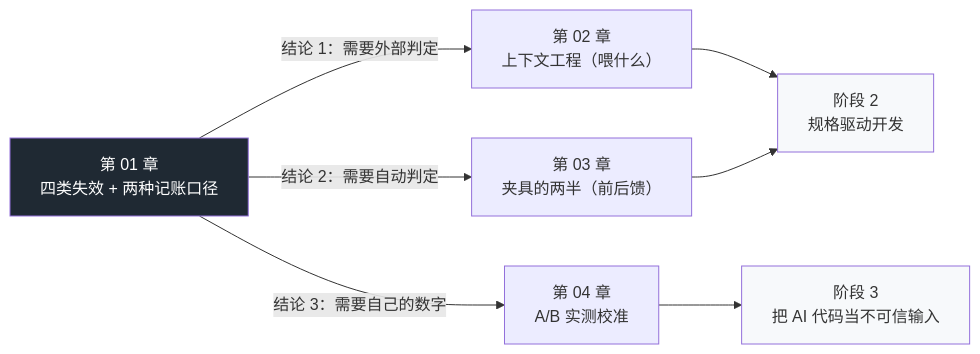
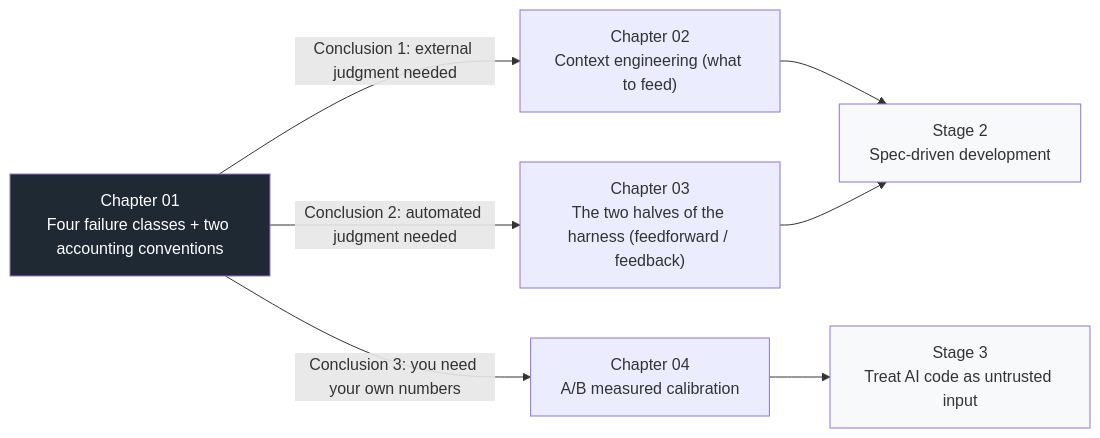
Before and after one commit to xzlxiao/vibe-coding-textbook: the diagram in phase1/chapters/ch01-speed-illusion.md, drawn with Mermaid. The commit also changed other lines of this file and 4 other files, not shown here.

````diff
--- a/phase1/chapters/ch01-speed-illusion.md
+++ b/phase1/chapters/ch01-speed-illusion.md
@@ -321,13 +321,13 @@
 ```mermaid
 flowchart LR
-    A["第 01 章<br>四类失效 + 两种记账口径"] -->|"结论 1：需要外部判定"| B["第 02 章<br>上下文工程（喂什么）"]
-    A -->|"结论 2：需要自动判定"| C["第 03 章<br>夹具的两半（前后馈）"]
-    A -->|"结论 3：需要自己的数字"| D["第 04 章<br>A/B 实测校准"]
-    B --> E["阶段 2<br>规格驱动开发"]
+    A["Chapter 01<br>Four failure classes + two accounting conventions"] -->|"Conclusion 1: external judgment needed"| B["Chapter 02<br>Context engineering (what to feed)"]
+    A -->|"Conclusion 2: automated judgment needed"| C["Chapter 03<br>The two halves of the harness (feedforward / feedback)"]
+    A -->|"Conclusion 3: you need your own numbers"| D["Chapter 04<br>A/B measured calibration"]
+    B --> E["Stage 2<br>Spec-driven development"]
     C --> E
-    D --> F["阶段 3<br>把 AI 代码当不可信输入"]
+    D --> F["Stage 3<br>Treat AI code as untrusted input"]
 
     style A fill:#1F2933,color:#FFFFFF
     style E fill:#F7F9FB
     style F fill:#F7F9FB
 ```
````
